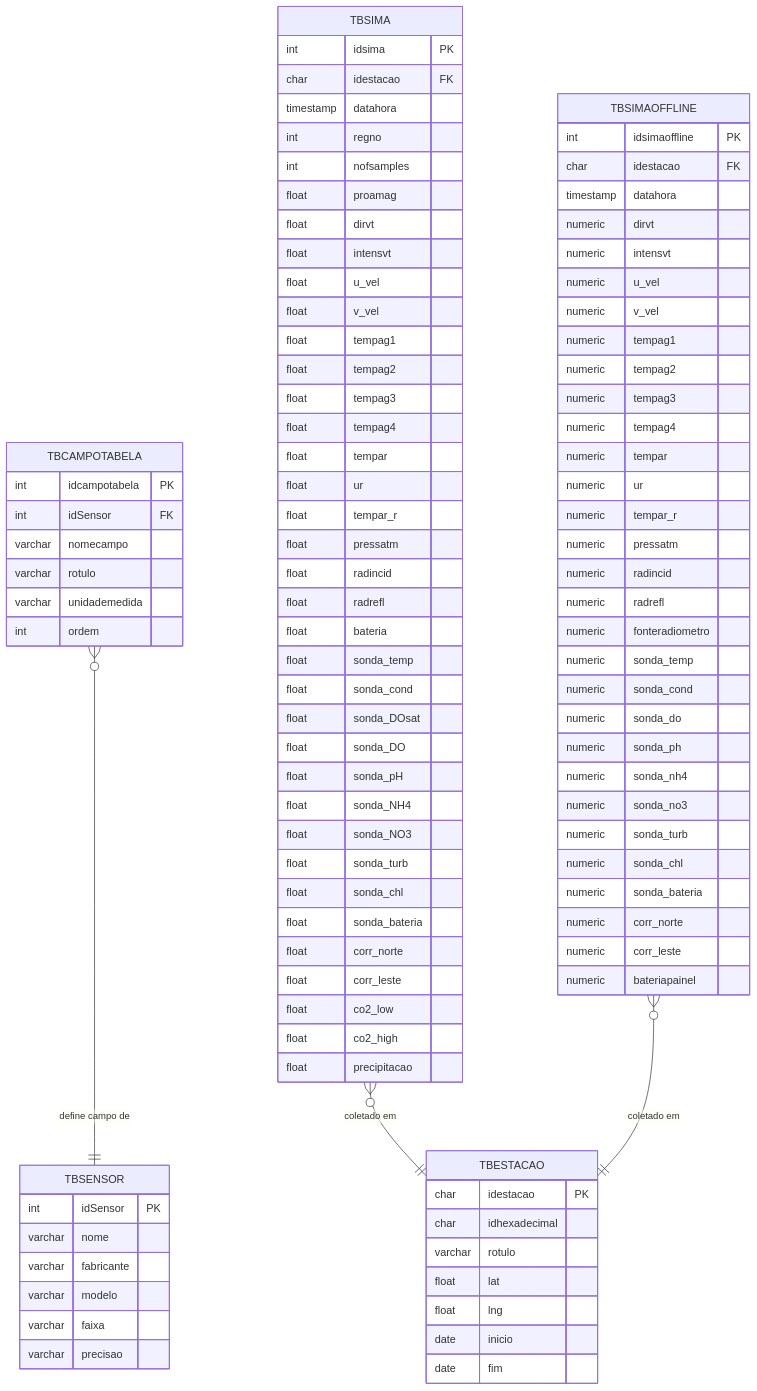
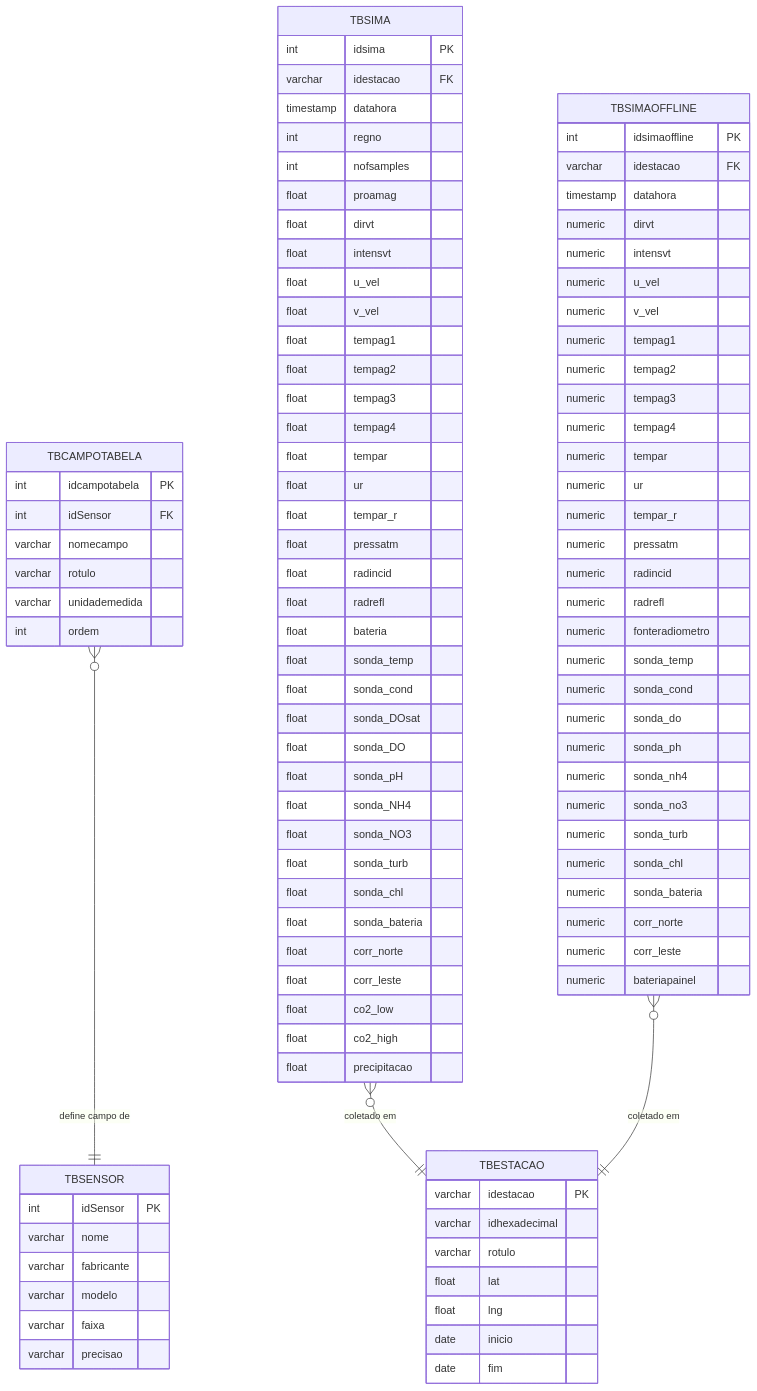
Before and after one commit to arleysouza/abp-2dsm-2025-2: the third of 3 diagrams in README.md, drawn with Mermaid. The commit also changed 12 other files, not shown here.

```diff
--- a/README.md
+++ b/README.md
@@ -424,8 +424,8 @@
     }
 
     TBESTACAO {
-        char idestacao PK
-        char idhexadecimal
+        varchar idestacao PK
+        varchar idhexadecimal
         varchar rotulo
         float lat
         float lng
@@ -444,7 +444,7 @@
 
     TBSIMA {
         int idsima PK
-        char idestacao FK
+        varchar idestacao FK
         timestamp datahora
         int regno
         int nofsamples
@@ -483,7 +483,7 @@
 
     TBSIMAOFFLINE {
         int idsimaoffline PK
-        char idestacao FK
+        varchar idestacao FK
         timestamp datahora
         numeric dirvt
         numeric intensvt
```
